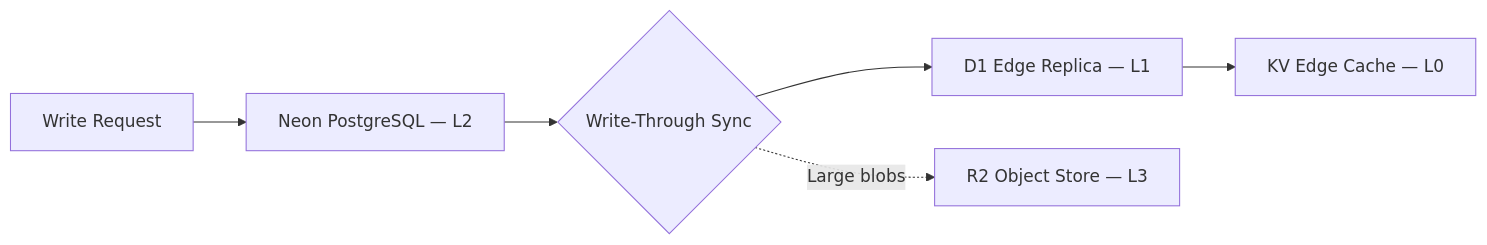
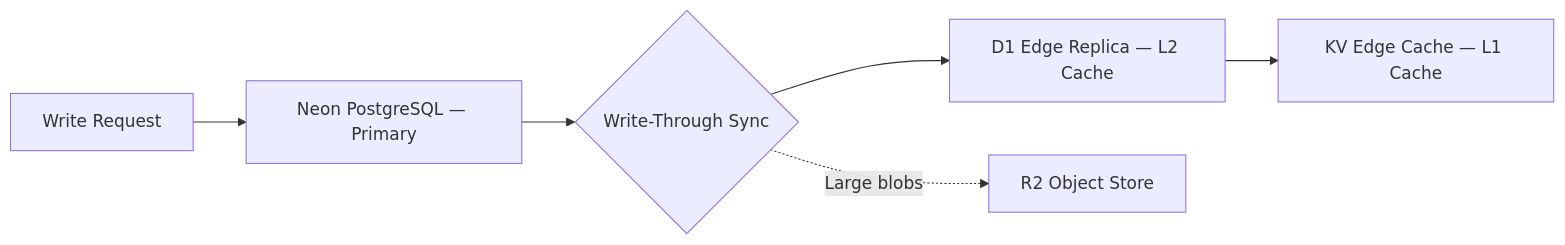
Before and after one commit to jaypatrick/adblock-compiler: the first of 3 diagrams in docs/database-setup/edge-cache-architecture.md, drawn with Mermaid. The commit also changed other lines of this file and 7 other files, not shown here.

````diff
--- a/docs/database-setup/edge-cache-architecture.md
+++ b/docs/database-setup/edge-cache-architecture.md
@@ -27,8 +28,8 @@
 ```mermaid
 flowchart LR
-    A[Write Request] --> B[Neon PostgreSQL — L2]
+    A[Write Request] --> B[Neon PostgreSQL — Primary]
     B --> C{Write-Through Sync}
-    C --> D[D1 Edge Replica — L1]
-    D --> E[KV Edge Cache — L0]
-    C -.->|Large blobs| F[R2 Object Store — L3]
+    C --> D[D1 Edge Replica — L2 Cache]
+    D --> E[KV Edge Cache — L1 Cache]
+    C -.->|Large blobs| F[R2 Object Store]
 ```
````
